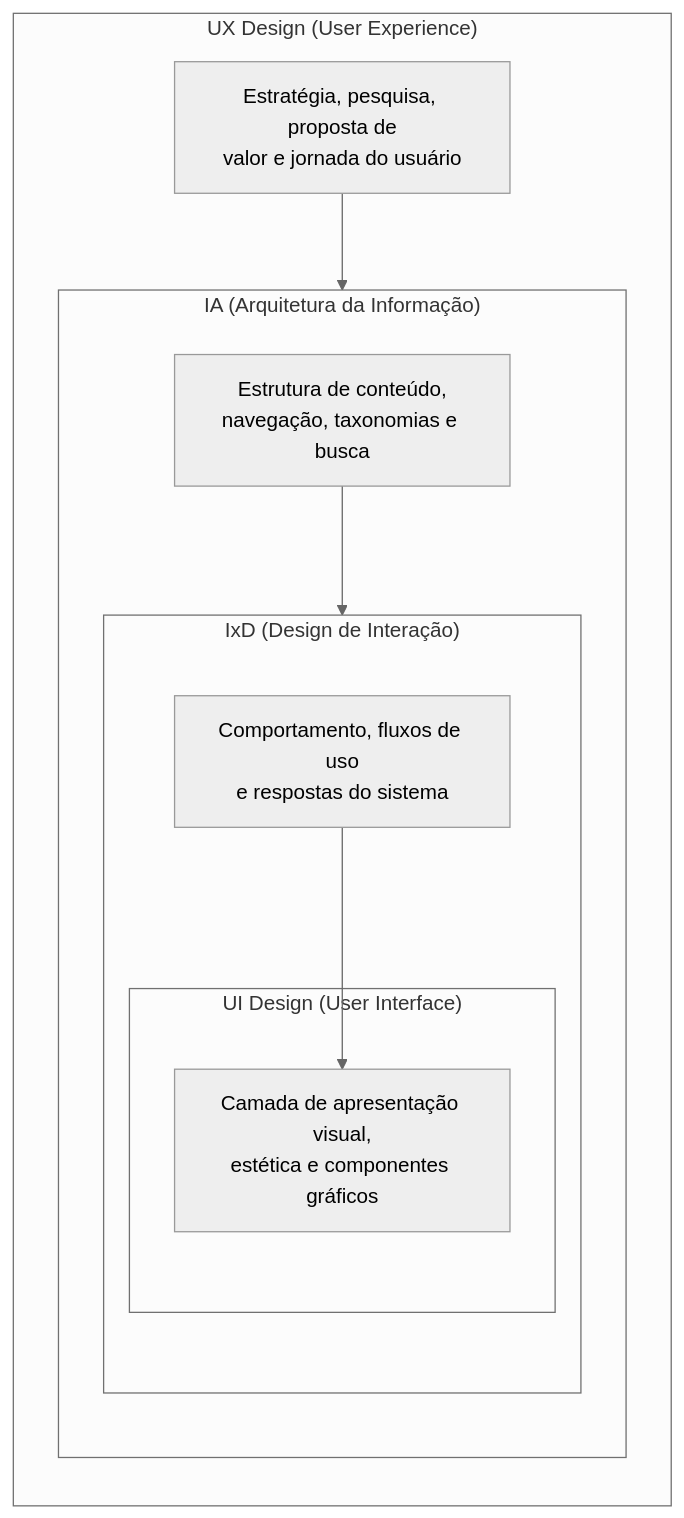
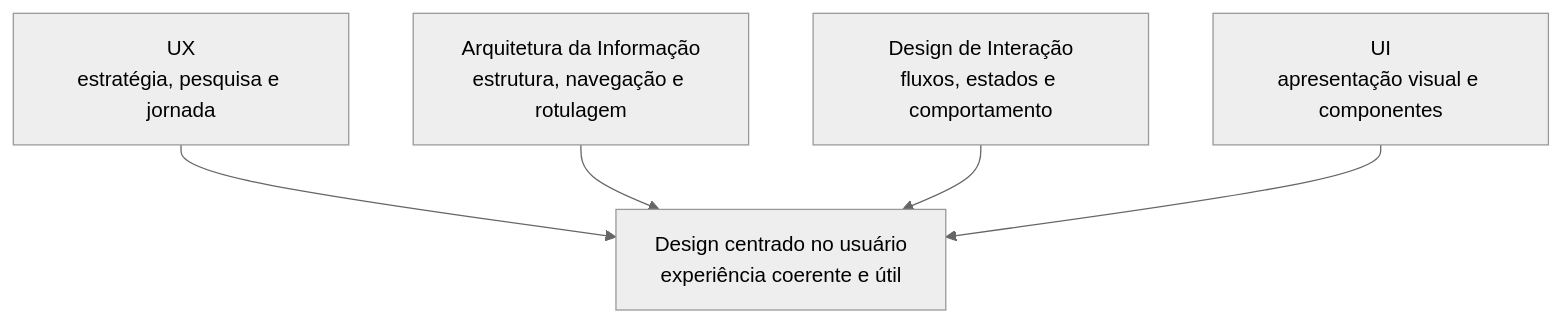
One commit to leorruas/puc changed the diagram in 08. Design de Interacao/06. Contexto de uso, interface, interação e papéis do design.md. Above: the diagram before and after it, drawn with Mermaid (neutral theme).

Commit message:
Corrige visualização da convergência entre papéis de design

````diff
--- a/08. Design de Interacao/06. Contexto de uso, interface, interação e papéis do design.md
+++ b/08. Design de Interacao/06. Contexto de uso, interface, interação e papéis do design.md
@@ -129,21 +129,13 @@
 ```mermaid
 flowchart TD
-    subgraph UX ["UX Design (User Experience)"]
-        direction TD
-        A["Estratégia, pesquisa, proposta de<br>valor e jornada do usuário"] --> B
-        
-        subgraph IA ["IA (Arquitetura da Informação)"]
-            direction TD
-            B["Estrutura de conteúdo,<br>navegação, taxonomias e busca"] --> C
-            
-            subgraph IxD ["IxD (Design de Interação)"]
-                direction TD
-                C["Comportamento, fluxos de uso<br>e respostas do sistema"] --> D
-                
-                subgraph UI ["UI Design (User Interface)"]
-                    D["Camada de apresentação visual,<br>estética e componentes gráficos"]
-                end
-            end
-        end
-    end
+    UCD["Design centrado no usuário<br>experiência coerente e útil"]:::core
+    UX["UX<br>estratégia, pesquisa e jornada"]:::component
+    IA["Arquitetura da Informação<br>estrutura, navegação e rotulagem"]:::data
+    IxD["Design de Interação<br>fluxos, estados e comportamento"]:::component
+    UI["UI<br>apresentação visual e componentes"]:::data
+
+    UX --> UCD
+    IA --> UCD
+    IxD --> UCD
+    UI --> UCD
 ```
````
